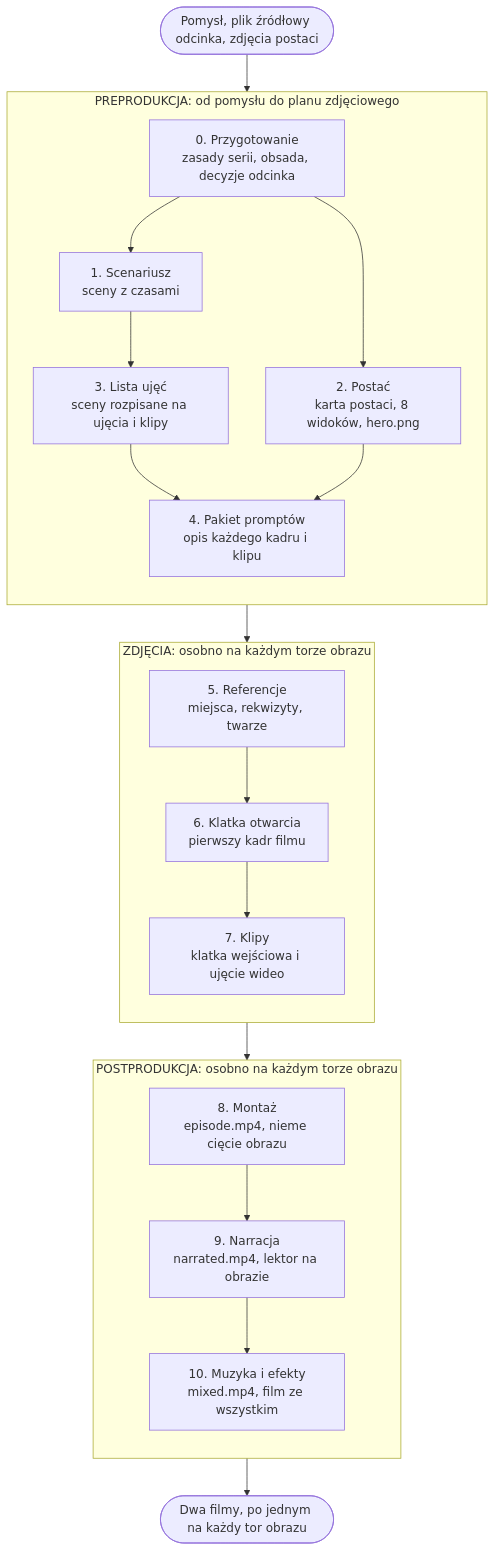
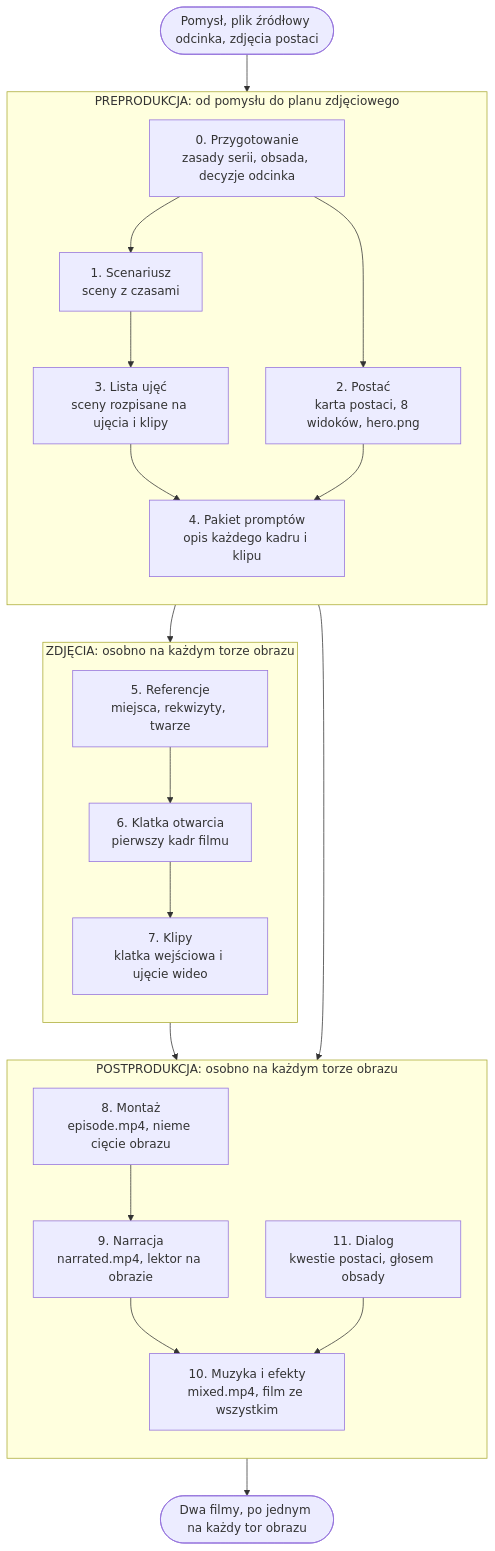
Before and after one commit to auditmos/aimator: the diagram in docs/jak-to-powstaje.md, drawn with Mermaid. The commit also changed other lines of this file and 8 other files, not shown here.

````diff
--- a/docs/jak-to-powstaje.md
+++ b/docs/jak-to-powstaje.md
@@ -11,38 +11,41 @@
 ```mermaid
 flowchart TB
   IN(["Pomysł, plik źródłowy odcinka, zdjęcia postaci"])
 
   subgraph PRE["PREPRODUKCJA: od pomysłu do planu zdjęciowego"]
     direction TB
     S0["0. Przygotowanie<br/>zasady serii, obsada, decyzje odcinka"]
     S1["1. Scenariusz<br/>sceny z czasami"]
     S2["2. Postać<br/>karta postaci, 8 widoków, hero.png"]
     S3["3. Lista ujęć<br/>sceny rozpisane na ujęcia i klipy"]
     S4["4. Pakiet promptów<br/>opis każdego kadru i klipu"]
     S0 --> S1 --> S3 --> S4
     S0 --> S2 --> S4
   end
 
   subgraph ZDJ["ZDJĘCIA: osobno na każdym torze obrazu"]
     direction TB
     S5["5. Referencje<br/>miejsca, rekwizyty, twarze"]
     S6["6. Klatka otwarcia<br/>pierwszy kadr filmu"]
     S7["7. Klipy<br/>klatka wejściowa i ujęcie wideo"]
     S5 --> S6 --> S7
   end
 
   subgraph POST["POSTPRODUKCJA: osobno na każdym torze obrazu"]
     direction TB
     S8["8. Montaż<br/>episode.mp4, nieme cięcie obrazu"]
     S9["9. Narracja<br/>narrated.mp4, lektor na obrazie"]
+    S11["11. Dialog<br/>kwestie postaci, głosem obsady"]
     S10["10. Muzyka i efekty<br/>mixed.mp4, film ze wszystkim"]
     S8 --> S9 --> S10
+    S11 --> S10
   end
 
   OUT(["Dwa filmy, po jednym na każdy tor obrazu"])
 
   IN --> S0
   S4 --> S5
   S7 --> S8
+  S3 --> S11
   S10 --> OUT
 ```
````
